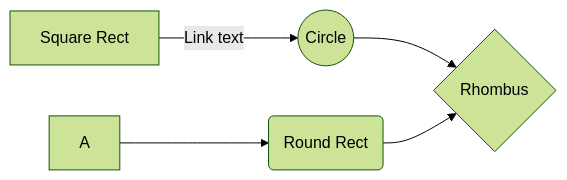
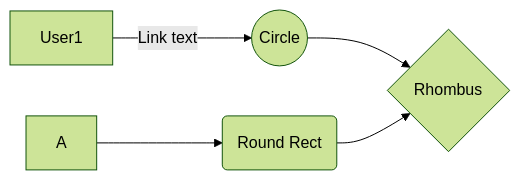
One commit to gZeyu/note changed the diagram in 个人博客/note/RBAC模型的数据库设计.md. Above: the diagram before and after it, drawn with Mermaid (forest theme). The commit also changed other lines of this file, not shown here.

````diff
--- a/个人博客/note/RBAC模型的数据库设计.md
+++ b/个人博客/note/RBAC模型的数据库设计.md
@@ -5,7 +5,7 @@
 ```mermaid
 graph LR
-User1[Square Rect] -- Link text --> B((Circle))
+User1[User1] -- Link text --> B((Circle))
 A --> C(Round Rect)
 B --> D{Rhombus}
 C --> D
 ```
````
